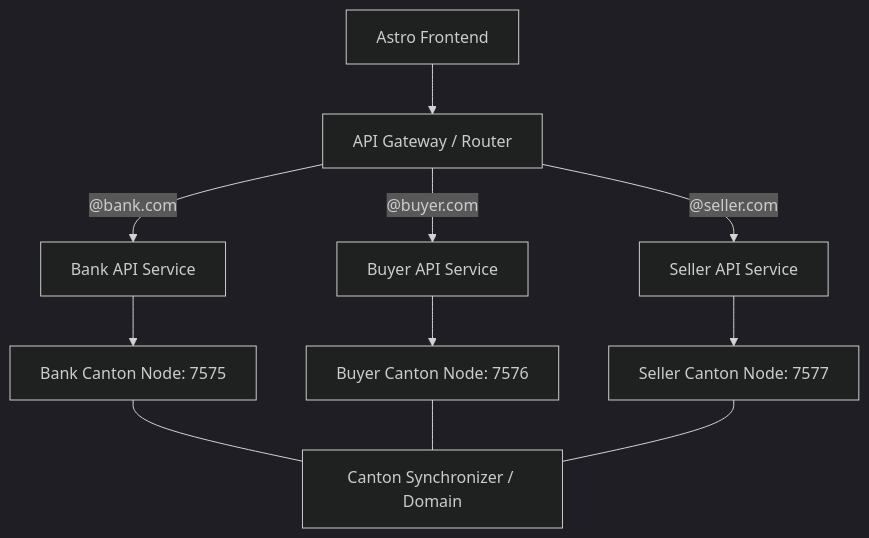
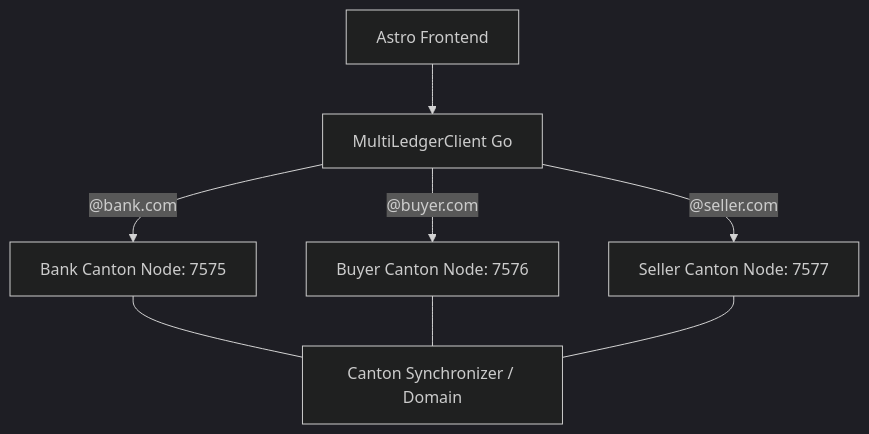
One commit to dhushon/daml-escrow changed the second of 3 diagrams in ARCHITECTURE_EVOLUTION.md. Above: the diagram before and after it, drawn with Mermaid (dark theme). The commit also changed other lines of this file and 34 other files, not shown here.

````diff
--- a/ARCHITECTURE_EVOLUTION.md
+++ b/ARCHITECTURE_EVOLUTION.md
@@ -67,13 +68,9 @@
 ```mermaid
 graph TD
-    FE[Astro Frontend] --> GW[API Gateway / Router]
-    GW -- "@bank.com" --> BA[Bank API Service]
-    GW -- "@buyer.com" --> BU[Buyer API Service]
-    GW -- "@seller.com" --> SE[Seller API Service]
-
-    BA --> BN[Bank Canton Node: 7575]
-    BU --> UN[Buyer Canton Node: 7576]
-    SE --> SN[Seller Canton Node: 7577]
+    FE[Astro Frontend] --> GW[MultiLedgerClient Go]
+    GW -- "@bank.com" --> BN[Bank Canton Node: 7575]
+    GW -- "@buyer.com" --> UN[Buyer Canton Node: 7576]
+    GW -- "@seller.com" --> SN[Seller Canton Node: 7577]
 
     BN & UN & SN --- SY[Canton Synchronizer / Domain]
 ```
````
